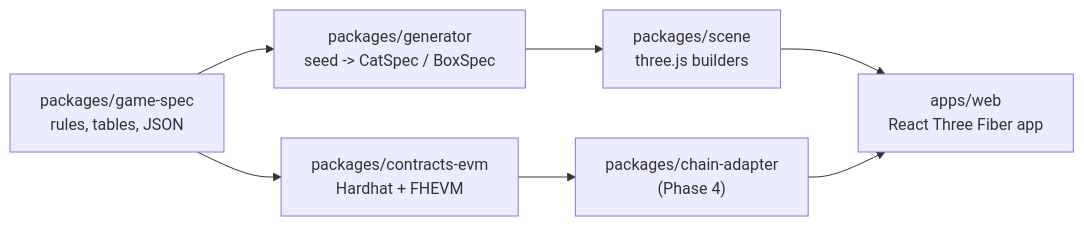
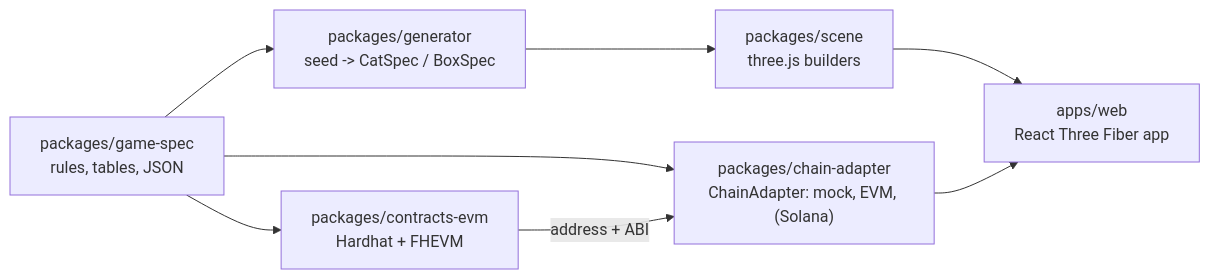
Before and after one commit to jecombe/do_not_open: the diagram in README.md, drawn with Mermaid. The commit also changed other lines of this file and 54 other files, not shown here.

````diff
--- a/README.md
+++ b/README.md
@@ -21,13 +21,14 @@
 ```mermaid
 flowchart LR
   spec["packages/game-spec<br/>rules, tables, JSON"]
   gen["packages/generator<br/>seed -> CatSpec / BoxSpec"]
   scene["packages/scene<br/>three.js builders"]
   web["apps/web<br/>React Three Fiber app"]
   evm["packages/contracts-evm<br/>Hardhat + FHEVM"]
-  adapter["packages/chain-adapter<br/>(Phase 4)"]
+  adapter["packages/chain-adapter<br/>ChainAdapter: mock, EVM, (Solana)"]
 
   spec --> gen --> scene --> web
   spec --> evm
-  evm --> adapter --> web
+  spec --> adapter
+  evm -- address + ABI --> adapter --> web
 ```
````
